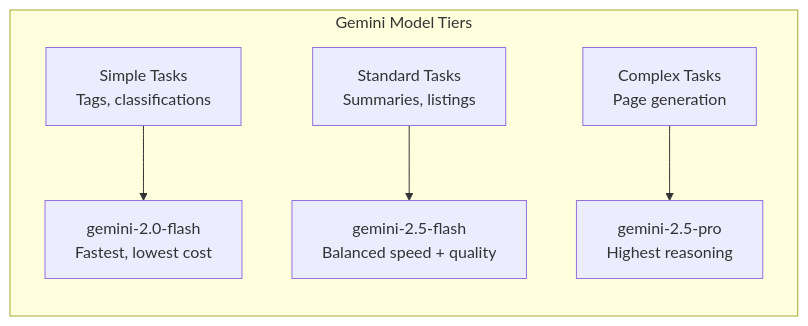
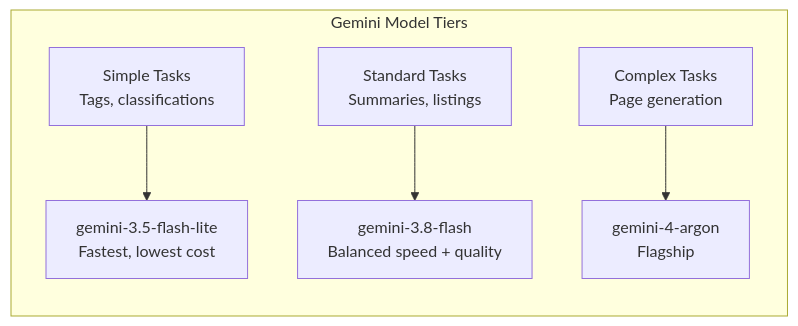
One commit to ever-works/ever-works changed the second of 4 diagrams in docs/plugin-system/google-ai-plugin.md. Above: the diagram before and after it, drawn with Mermaid. The commit also changed other lines of this file and 23 other files, not shown here.

````diff
--- a/docs/plugin-system/google-ai-plugin.md
+++ b/docs/plugin-system/google-ai-plugin.md
@@ -62,8 +62,8 @@
 ```mermaid
 graph LR
     subgraph "Gemini Model Tiers"
-        S["Simple Tasks<br/>Tags, classifications"] --> SM["gemini-2.0-flash<br/>Fastest, lowest cost"]
-        M["Standard Tasks<br/>Summaries, listings"] --> MM["gemini-2.5-flash<br/>Balanced speed + quality"]
-        C["Complex Tasks<br/>Page generation"] --> CM["gemini-2.5-pro<br/>Highest reasoning"]
+        S["Simple Tasks<br/>Tags, classifications"] --> SM["gemini-3.5-flash-lite<br/>Fastest, lowest cost"]
+        M["Standard Tasks<br/>Summaries, listings"] --> MM["gemini-3.8-flash<br/>Balanced speed + quality"]
+        C["Complex Tasks<br/>Page generation"] --> CM["gemini-4-argon<br/>Flagship"]
     end
 ```
````
